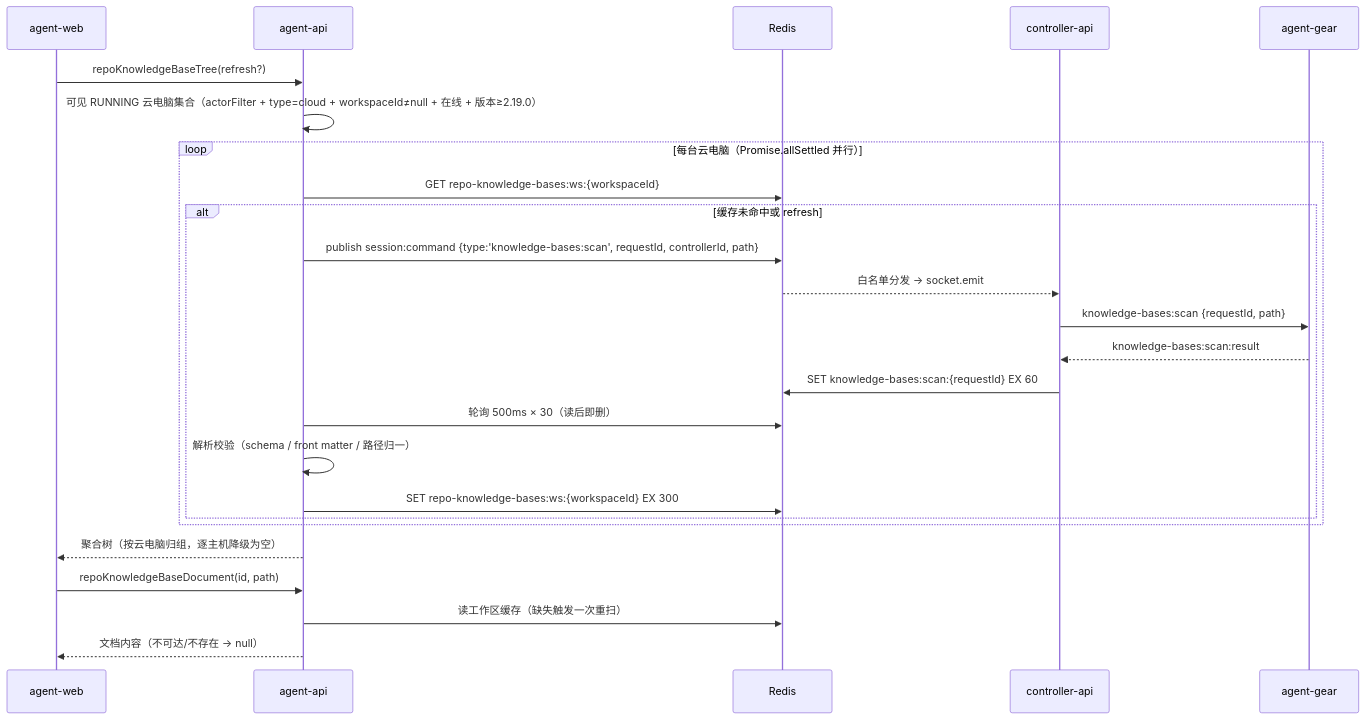
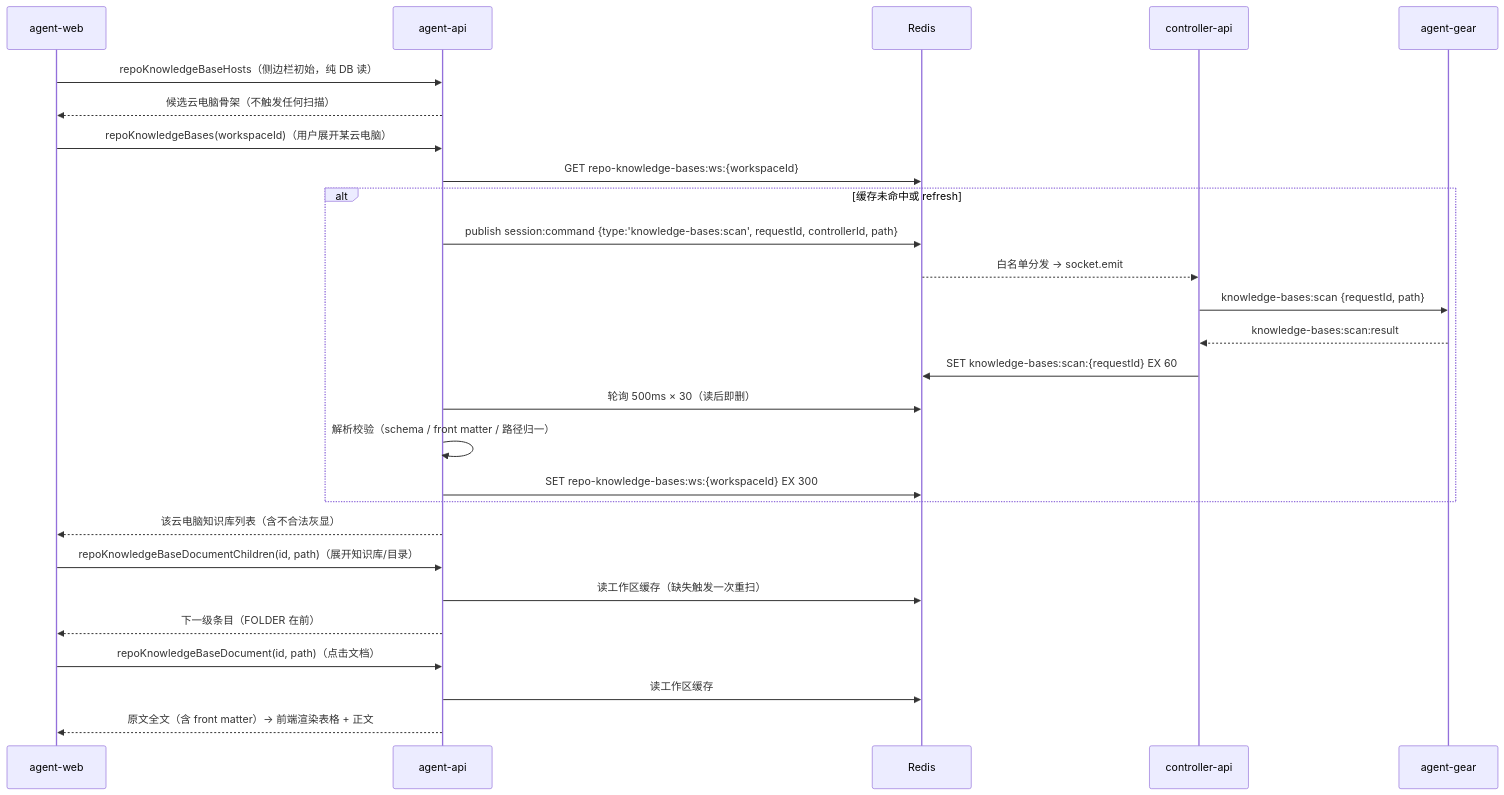
Before and after one commit to Deliay/z-agent-gear: the second of 2 diagrams in docs/engineering/proposals/20261116-feat-knowledge-base-repo-built-in.md, drawn with Mermaid. The commit also changed other lines of this file and 3 other files, not shown here.

First line of the commit message:
docs(knowledge-base): 仓库内建知识库文档 v1.1 评审返工 (#545)

````diff
--- a/docs/engineering/proposals/20261116-feat-knowledge-base-repo-built-in.md
+++ b/docs/engineering/proposals/20261116-feat-knowledge-base-repo-built-in.md
@@ -260,28 +303,30 @@
 ```mermaid
 sequenceDiagram
     participant W as agent-web
     participant A as agent-api
     participant R as Redis
     participant C as controller-api
     participant G as agent-gear
 
-    W->>A: repoKnowledgeBaseTree(refresh?)
-    A->>A: 可见 RUNNING 云电脑集合（actorFilter + type=cloud + workspaceId≠null + 在线 + 版本≥2.19.0）
-    loop 每台云电脑（Promise.allSettled 并行）
-        A->>R: GET repo-knowledge-bases:ws:{workspaceId}
-        alt 缓存未命中或 refresh
-            A->>R: publish session:command {type:'knowledge-bases:scan', requestId, controllerId, path}
-            R-->>C: 白名单分发 → socket.emit
-            C->>G: knowledge-bases:scan {requestId, path}
-            G-->>C: knowledge-bases:scan:result
-            C->>R: SET knowledge-bases:scan:{requestId} EX 60
-            A->>R: 轮询 500ms × 30（读后即删）
-            A->>A: 解析校验（schema / front matter / 路径归一）
-            A->>R: SET repo-knowledge-bases:ws:{workspaceId} EX 300
-        end
+    W->>A: repoKnowledgeBaseHosts（侧边栏初始，纯 DB 读）
+    A-->>W: 候选云电脑骨架（不触发任何扫描）
+    W->>A: repoKnowledgeBases(workspaceId)（用户展开某云电脑）
+    A->>R: GET repo-knowledge-bases:ws:{workspaceId}
+    alt 缓存未命中或 refresh
+        A->>R: publish session:command {type:'knowledge-bases:scan', requestId, controllerId, path}
+        R-->>C: 白名单分发 → socket.emit
+        C->>G: knowledge-bases:scan {requestId, path}
+        G-->>C: knowledge-bases:scan:result
+        C->>R: SET knowledge-bases:scan:{requestId} EX 60
+        A->>R: 轮询 500ms × 30（读后即删）
+        A->>A: 解析校验（schema / front matter / 路径归一）
+        A->>R: SET repo-knowledge-bases:ws:{workspaceId} EX 300
     end
-    A-->>W: 聚合树（按云电脑归组，逐主机降级为空）
-    W->>A: repoKnowledgeBaseDocument(id, path)
+    A-->>W: 该云电脑知识库列表（含不合法灰显）
+    W->>A: repoKnowledgeBaseDocumentChildren(id, path)（展开知识库/目录）
     A->>R: 读工作区缓存（缺失触发一次重扫）
-    A-->>W: 文档内容（不可达/不存在 → null）
+    A-->>W: 下一级条目（FOLDER 在前）
+    W->>A: repoKnowledgeBaseDocument(id, path)（点击文档）
+    A->>R: 读工作区缓存
+    A-->>W: 原文全文（含 front matter）→ 前端渲染表格 + 正文
 ```
````
